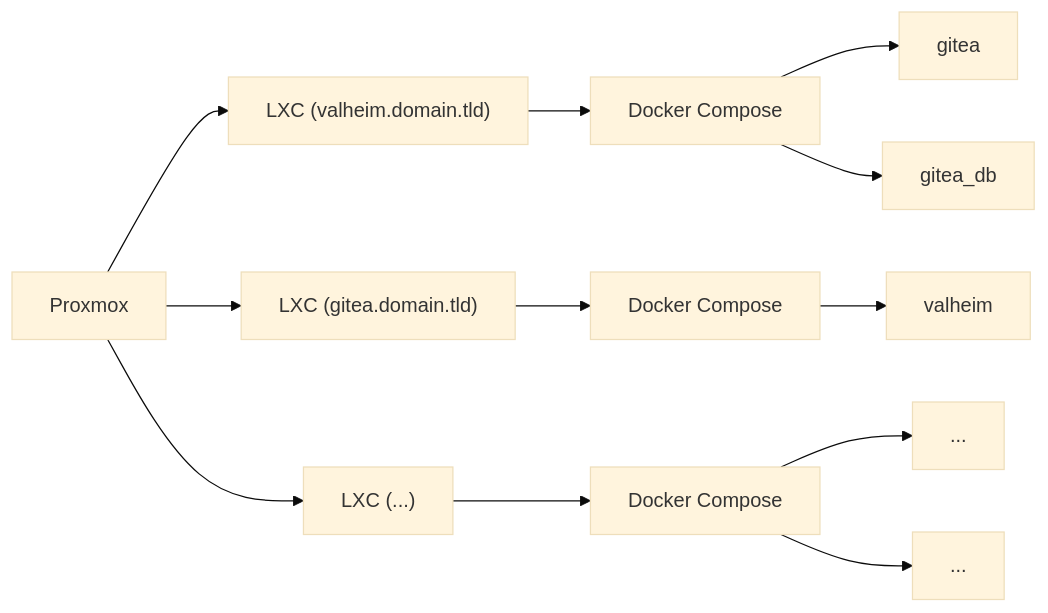
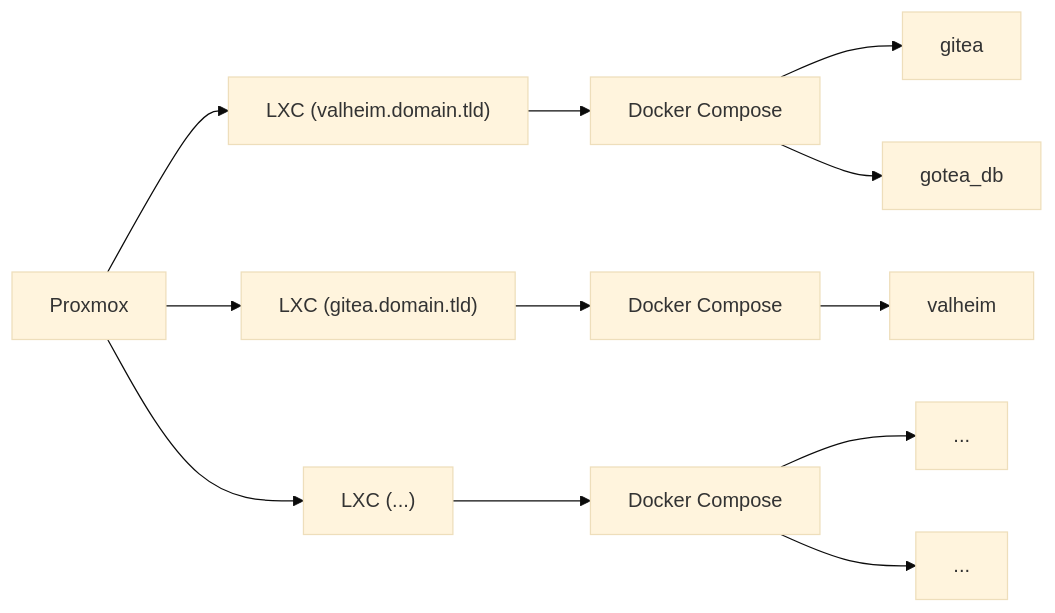
One commit to jamolnng/lder.dev changed the diagram in _one_hundred_days/day001.md. Above: the diagram before and after it, drawn with Mermaid (base theme).

````diff
--- a/_one_hundred_days/day001.md
+++ b/_one_hundred_days/day001.md
@@ -13,25 +13,14 @@
-```mermaid
-flowchart LR
-
-    A[Proxmox] --> B1["LXC (valheim.domain.tld)"]
-
-    A[Proxmox] --> B2["LXC (gitea.domain.tld)"]
-
-    A[Proxmox] --> B3["LXC (...)"]
-
-    B1 --> C1[Docker Compose]
-
-    C1 --> D1[gitea]
-    
-    C1 --> E1[gitea_db]
-
-    B2 --> C2[Docker Compose]
-
-    C2 --> D2[valheim]
-
-    B3 --> C3[Docker Compose]
-
-    C3 --> D3[...]
-
-    C3 --> E3[...]
-```
+  ```mermaid
+  flowchart LR
+      A[Proxmox] --> B1["LXC (valheim.domain.tld)"]
+      A[Proxmox] --> B2["LXC (gitea.domain.tld)"]
+      A[Proxmox] --> B3["LXC (...)"]
+      B1 --> C1[Docker Compose]
+      C1 --> D1[gitea]
+      C1 --> E1[gotea_db]
+      B2 --> C2[Docker Compose]
+      C2 --> D2[valheim]
+      B3 --> C3[Docker Compose]
+      C3 --> D3[...]
+      C3 --> E3[...]
+  ```
````
